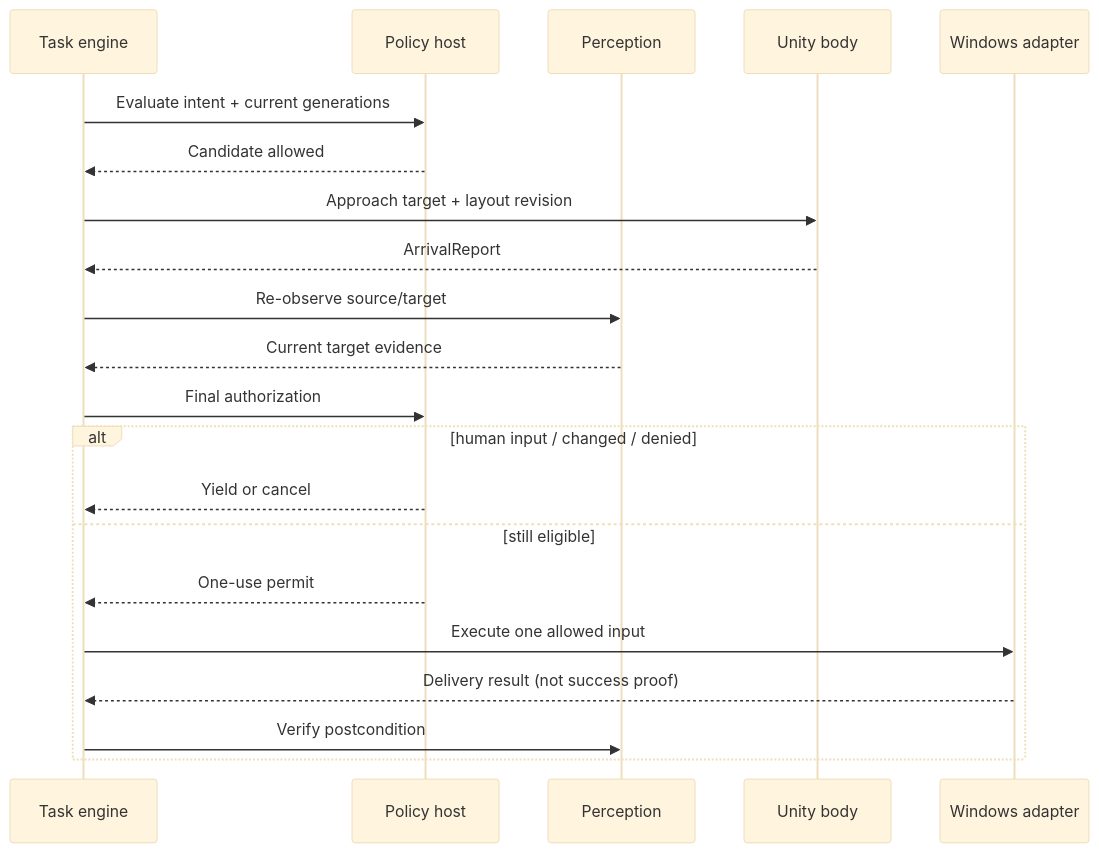
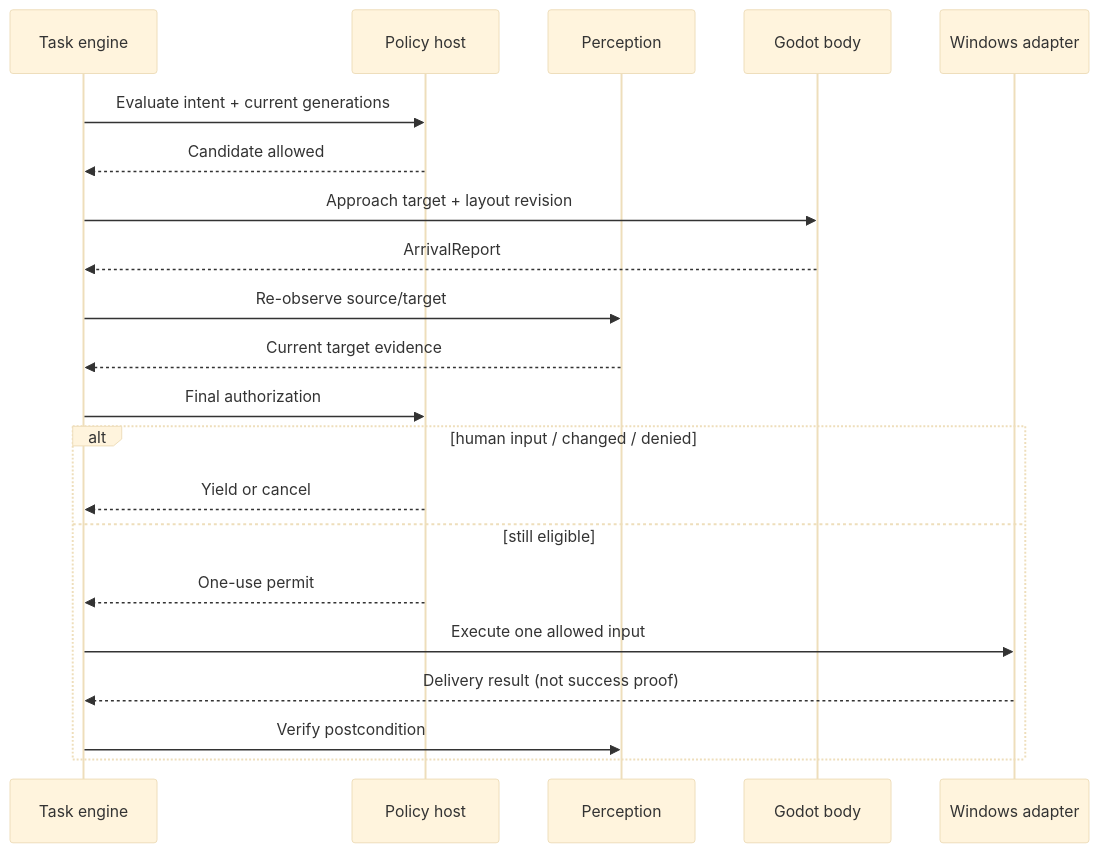
One commit to Play-with-me/NYUA changed the diagram in docs/product/AI/INTERFACES.md. Above: the diagram before and after it, drawn with Mermaid (base theme). The commit also changed other lines of this file and 65 other files, not shown here.

Commit message:
docs: migrate renderer documentation and registry from Unity to Godot Engine

````diff
--- a/docs/product/AI/INTERFACES.md
+++ b/docs/product/AI/INTERFACES.md
@@ -55,23 +55,23 @@
 ```mermaid
 sequenceDiagram
  participant T as Task engine
  participant P as Policy host
  participant V as Perception
- participant U as Unity body
+ participant U as Godot body
  participant W as Windows adapter
  T->>P: Evaluate intent + current generations
  P-->>T: Candidate allowed
  T->>U: Approach target + layout revision
  U-->>T: ArrivalReport
  T->>V: Re-observe source/target
  V-->>T: Current target evidence
  T->>P: Final authorization
  alt human input / changed / denied
  P-->>T: Yield or cancel
  else still eligible
  P-->>T: One-use permit
  T->>W: Execute one allowed input
  W-->>T: Delivery result (not success proof)
  T->>V: Verify postcondition
  end
 ```
````
